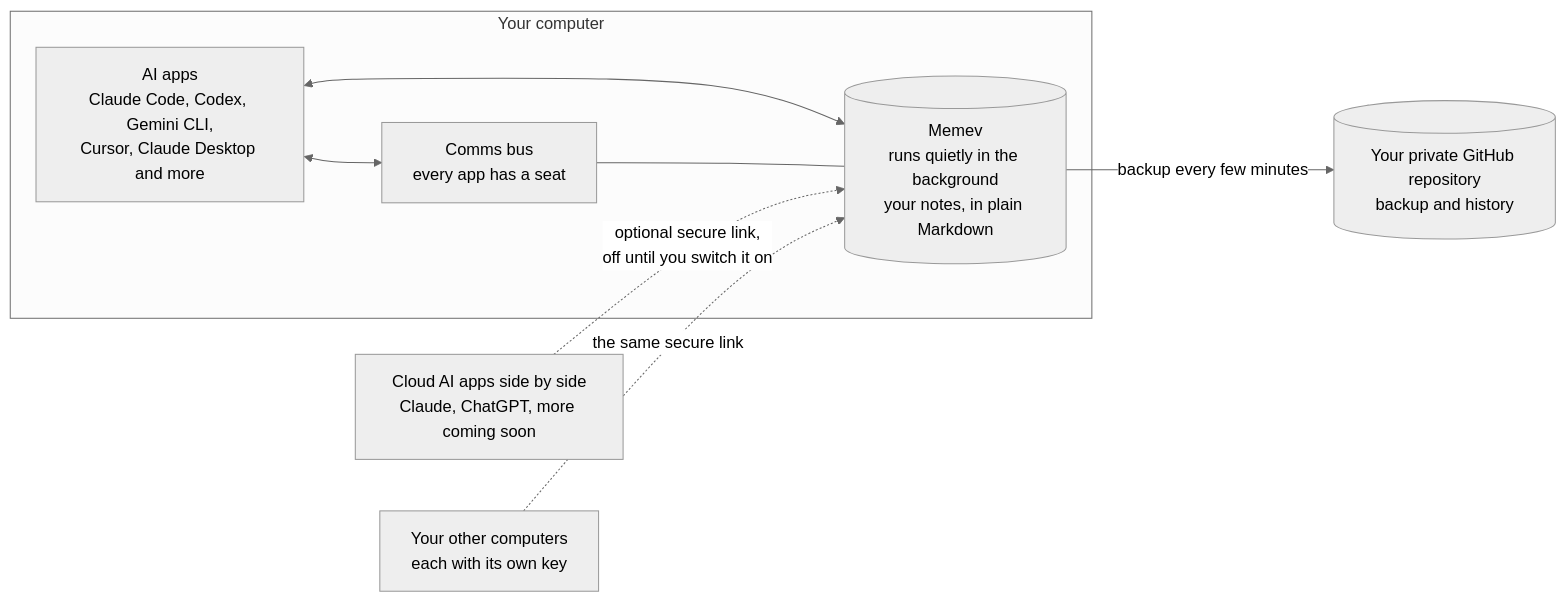
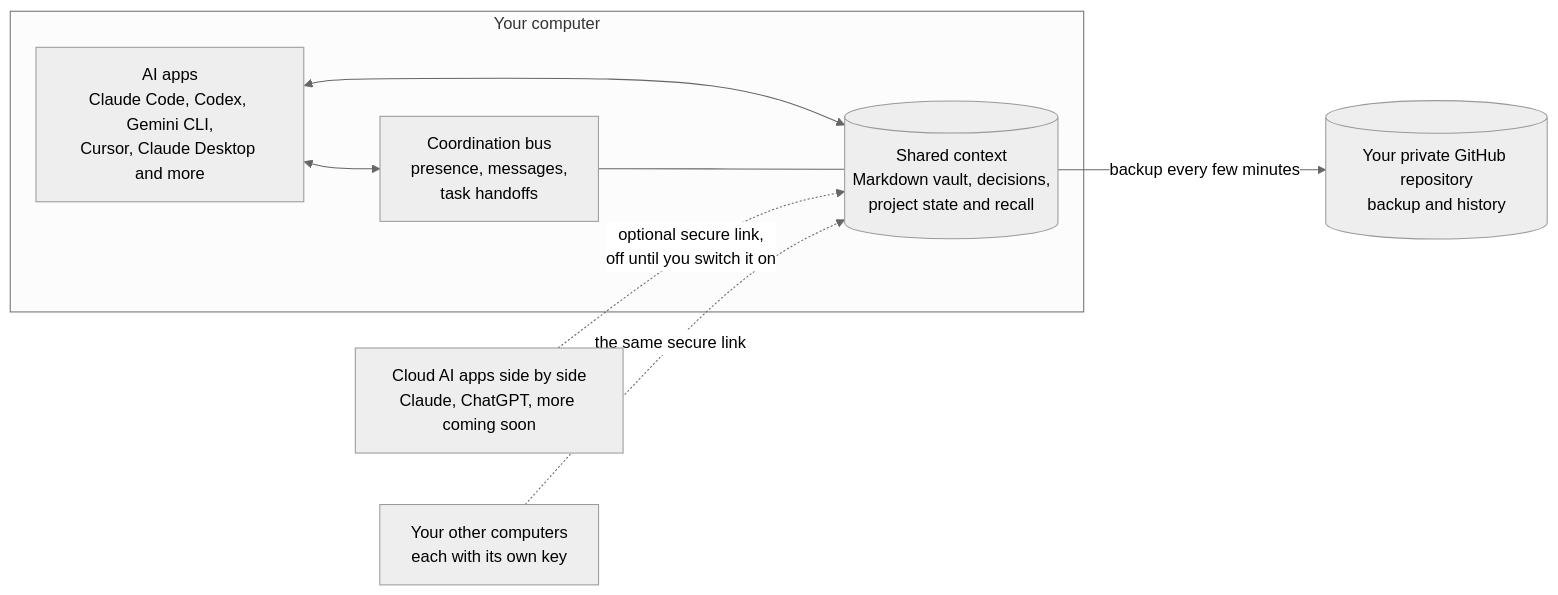
The first of 2 diagrams in README.md (mgillr/memev), drawn with Mermaid (neutral theme) before and after one commit. The commit also changed other lines of this file, not shown here.

Commit message:
Refocus README on shared context and AI coordination

````diff
--- a/README.md
+++ b/README.md
@@ -41,17 +45,17 @@
 ```mermaid
 flowchart LR
     subgraph computer["Your computer"]
         apps["AI apps<br/>Claude Code, Codex, Gemini CLI,<br/>Cursor, Claude Desktop and more"]
-        vault[("Memev<br/>runs quietly in the background<br/>your notes, in plain Markdown")]
-        bus["Comms bus<br/>every app has a seat"]
+        vault[("Shared context<br/>Markdown vault, decisions,<br/>project state and recall")]
+        bus["Coordination bus<br/>presence, messages,<br/>task handoffs"]
         apps <--> vault
         apps <--> bus
         bus --- vault
     end
     github[("Your private GitHub repository<br/>backup and history")]
     cloud["Cloud AI apps side by side<br/>Claude, ChatGPT, more coming soon"]
     laptop["Your other computers<br/>each with its own key"]
     vault -- "backup every few minutes" --> github
     cloud -. "optional secure link,<br/>off until you switch it on" .-> vault
     laptop -. "the same secure link" .-> vault
 ```
````
